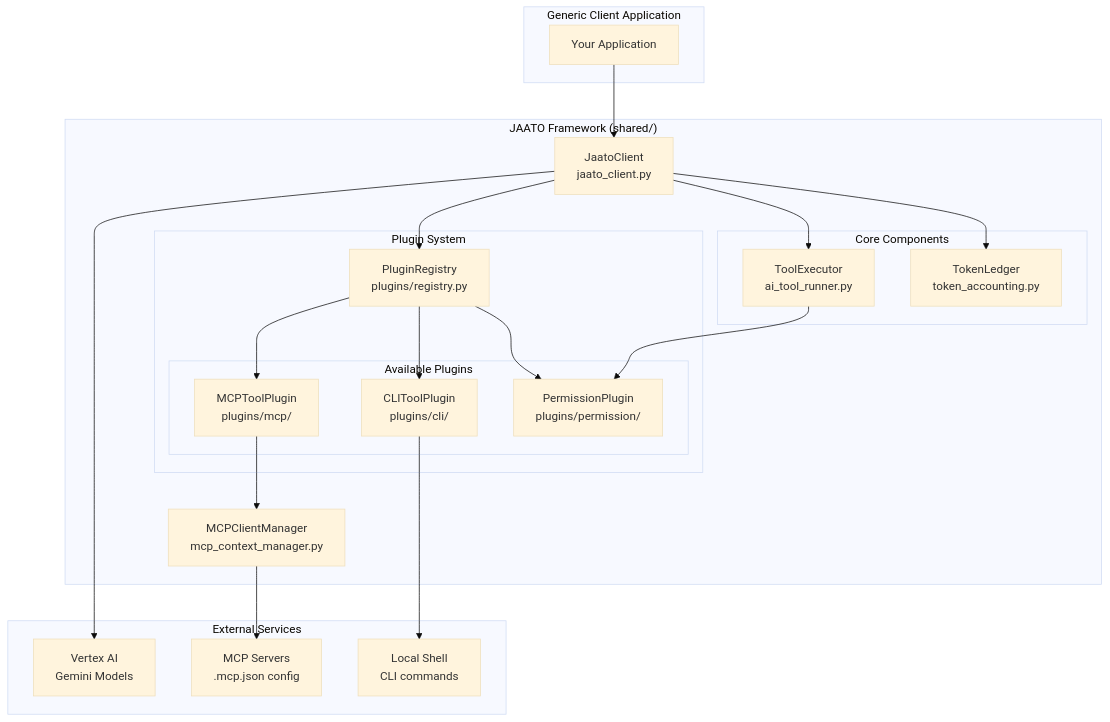
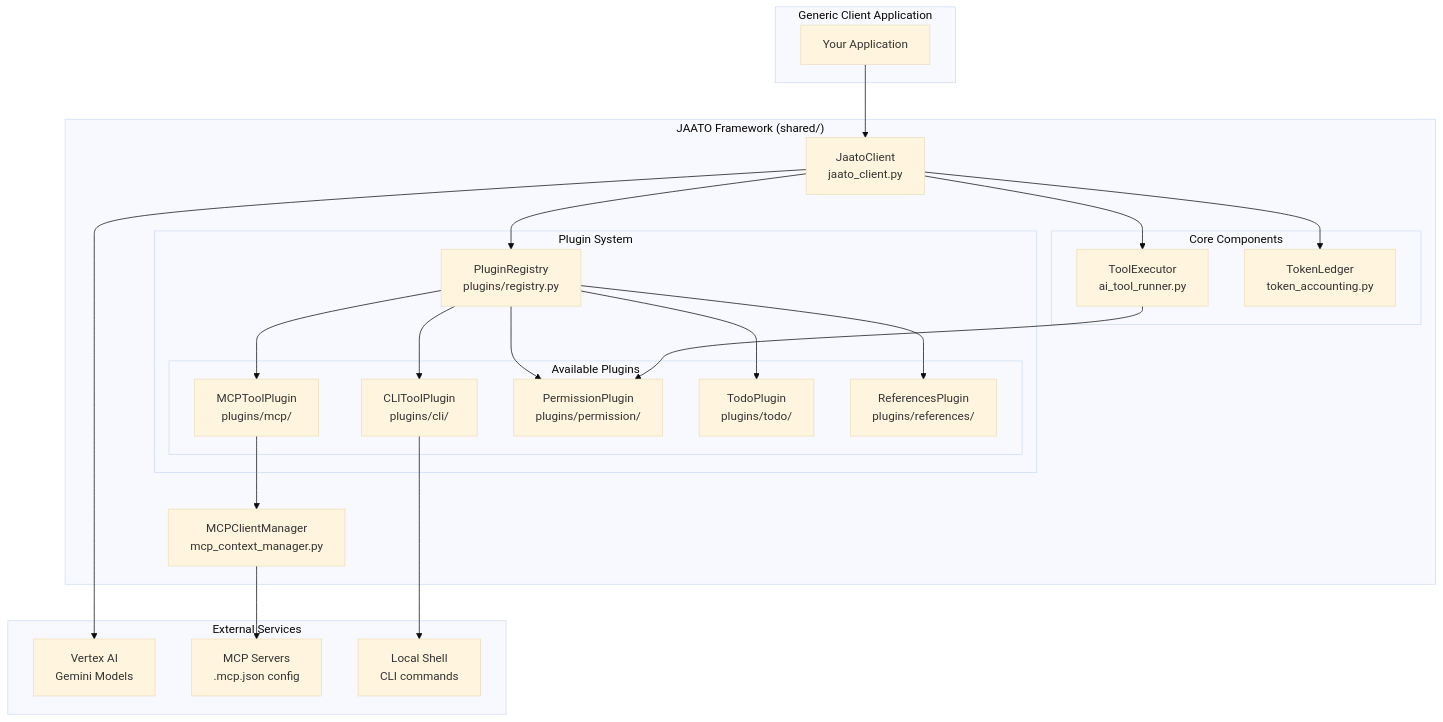
Before and after one commit to Jaato-framework-and-examples/jaato: the first of 3 diagrams in docs/architecture.md, drawn with Mermaid (base theme). The commit also changed other lines of this file, not shown here.

First line of the commit message:
docs: Update architecture diagram with UserCommand and new plugins

````diff
--- a/docs/architecture.md
+++ b/docs/architecture.md
@@ -50,46 +54,50 @@
 ```mermaid
 flowchart TB
     subgraph Client["Generic Client Application"]
         App[Your Application]
     end
 
     subgraph Framework["JAATO Framework (shared/)"]
         JC[JaatoClient<br/>jaato_client.py]
 
         subgraph Core["Core Components"]
             TE[ToolExecutor<br/>ai_tool_runner.py]
             TL[TokenLedger<br/>token_accounting.py]
         end
 
         subgraph Plugins["Plugin System"]
             PR[PluginRegistry<br/>plugins/registry.py]
 
             subgraph Available["Available Plugins"]
                 CLI[CLIToolPlugin<br/>plugins/cli/]
                 MCP[MCPToolPlugin<br/>plugins/mcp/]
                 PERM[PermissionPlugin<br/>plugins/permission/]
+                TODO[TodoPlugin<br/>plugins/todo/]
+                REFS[ReferencesPlugin<br/>plugins/references/]
             end
         end
 
         MCM[MCPClientManager<br/>mcp_context_manager.py]
     end
 
     subgraph External["External Services"]
         VAI[Vertex AI<br/>Gemini Models]
         MCPS[MCP Servers<br/>.mcp.json config]
         Shell[Local Shell<br/>CLI commands]
     end
 
     App --> JC
     JC --> TE
     JC --> TL
     JC --> PR
     PR --> CLI
     PR --> MCP
     PR --> PERM
+    PR --> TODO
+    PR --> REFS
     TE --> PERM
     MCP --> MCM
     MCM --> MCPS
     CLI --> Shell
     JC --> VAI
 ```
````
